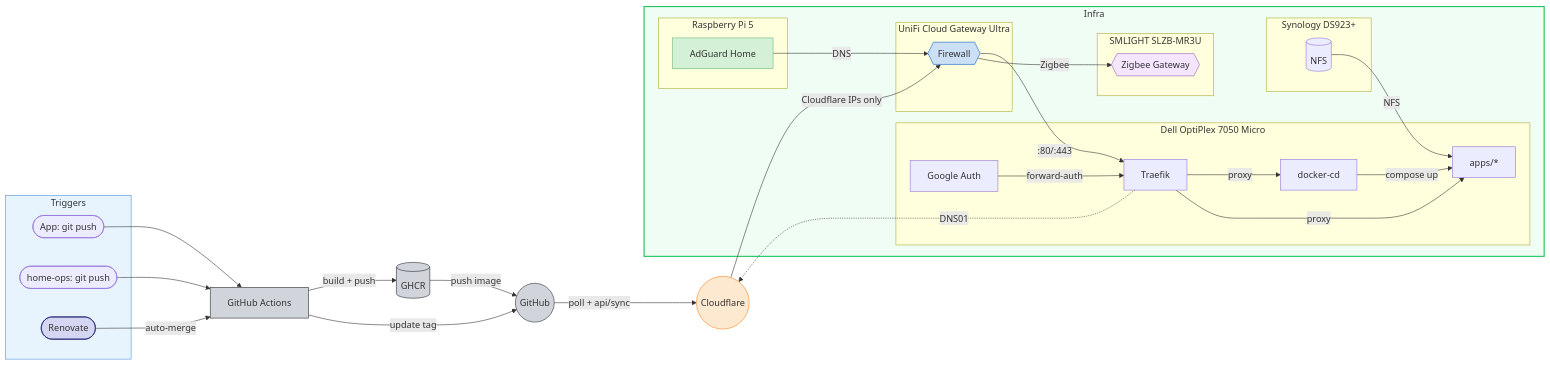
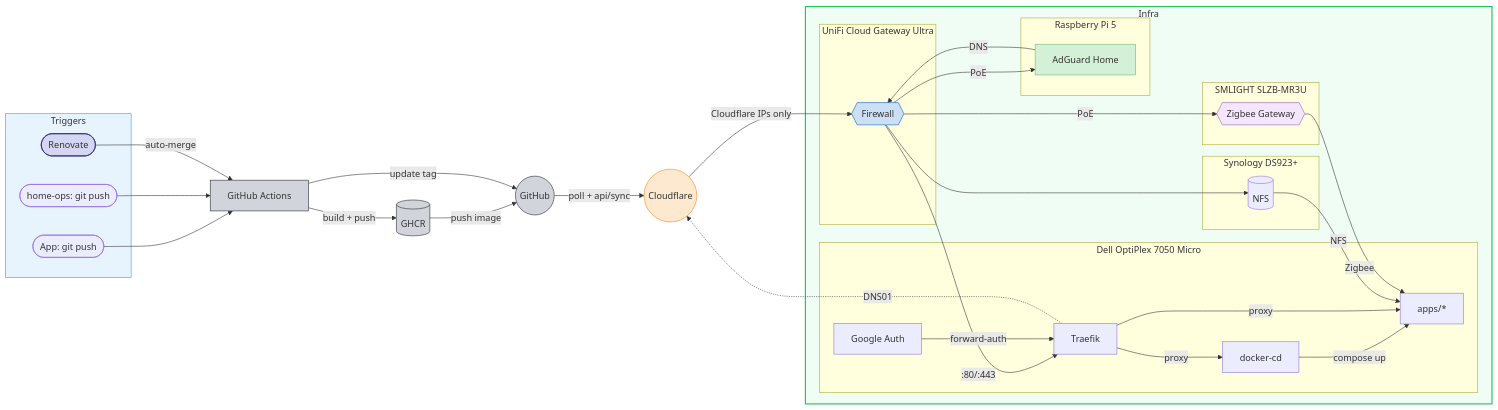
The diagram in README.md (wajeht/home-ops), drawn with Mermaid before and after one commit.

Commit message:
docs: update network diagram to reflect current setup

````diff
--- a/README.md
+++ b/README.md
@@ -16,56 +16,59 @@
 ```mermaid
 flowchart LR
     subgraph triggers[Triggers]
         app_push([App: git push])
         ops_push([home-ops: git push])
         renovate([Renovate])
     end
 
     app_push --> ci[GitHub Actions] -->|build + push| ghcr[(GHCR)]
     ghcr -->|push image| github((GitHub))
     ci -->|update tag| github
     ops_push --> ci
     renovate -->|auto-merge| ci
     github -->|poll + api/sync | cf((Cloudflare)) -->|Cloudflare IPs only| unifi -->|:80/:443| traefik -->|proxy| docker_cd
 
     subgraph infra[Infra]
         subgraph dell[Dell OptiPlex 7050 Micro]
             docker_cd[docker-cd] -->|compose up| apps[apps/*]
             traefik[Traefik] -->|proxy| apps
             google_auth[Google Auth] -->|forward-auth| traefik
         end
 
         subgraph nas[Synology DS923+]
             nfs[(NFS)]
         end
 
         subgraph ucg[UniFi Cloud Gateway Ultra]
             unifi{{Firewall}}
         end
 
         subgraph pi[Raspberry Pi 5]
             adguard[AdGuard Home]
         end
 
         subgraph slzb[SMLIGHT SLZB-MR3U]
             zigbee{{Zigbee Gateway}}
         end
 
         nfs -->|NFS| apps
         adguard -->|DNS| unifi
-        unifi -->|Zigbee| zigbee
+        unifi --> nfs
+        unifi -->|PoE| zigbee
+        unifi -->|PoE| adguard
+        zigbee -->|Zigbee| apps
     end
 
     traefik -.->|DNS01| cf
 
     style triggers fill:#e8f4fd,stroke:#4a90d9
     style infra fill:#f0fdf4,stroke:#22c55e,stroke-width:2px
     style cf fill:#fde8d0,stroke:#f6821f,color:#333
     style github fill:#d1d5db,stroke:#24292e,color:#333
     style ghcr fill:#d1d5db,stroke:#24292e,color:#333
     style ci fill:#d1d5db,stroke:#24292e,color:#333
     style renovate fill:#d5d7f2,stroke:#1a1f6c,color:#333
     style adguard fill:#d4f0d7,stroke:#68bc71,color:#333
     style unifi fill:#cce0f5,stroke:#0559c9,color:#333
     style zigbee fill:#f5e6ff,stroke:#9b59b6,color:#333
 ```
````
